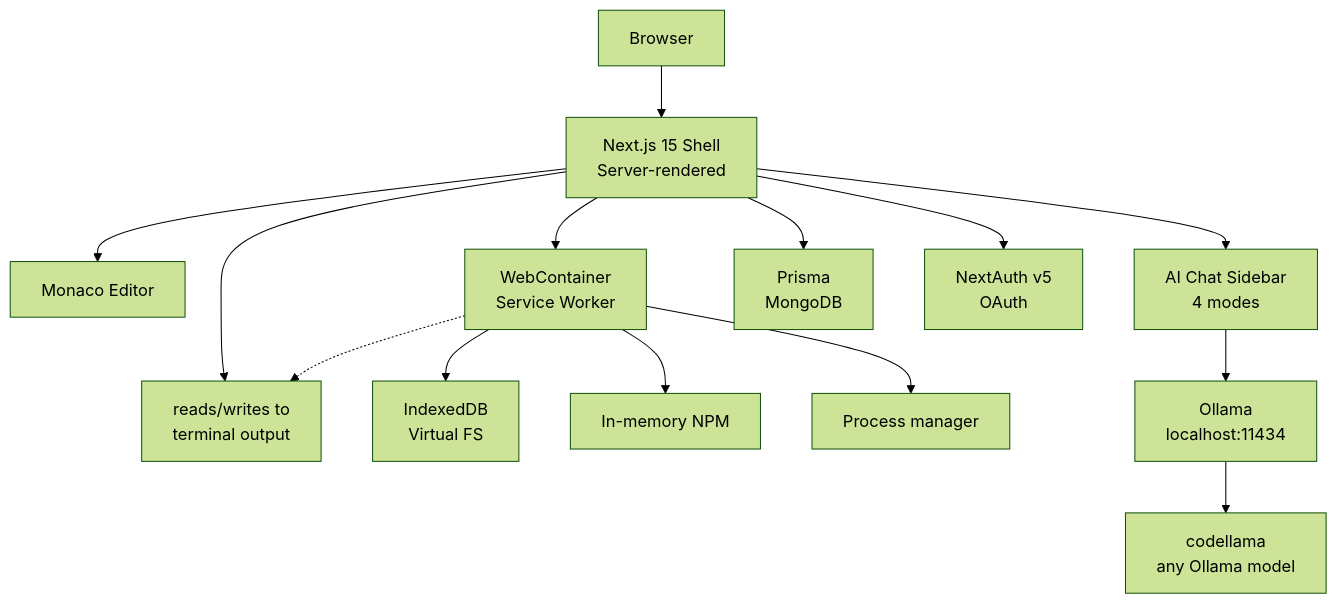
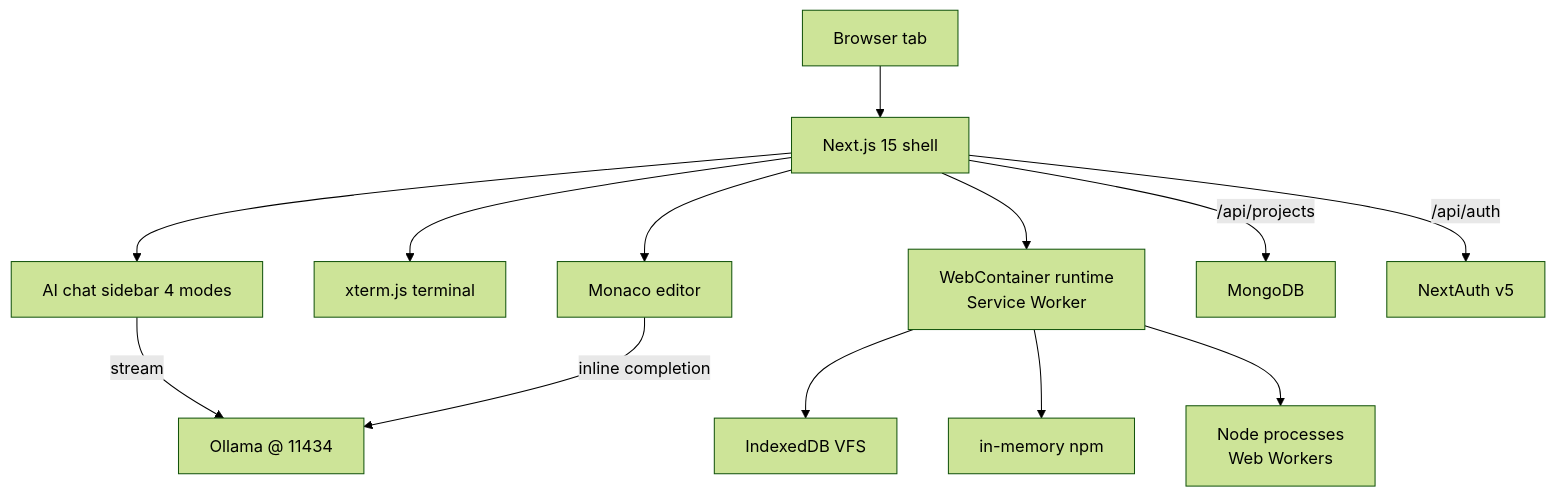
The diagram in README.md (ykstorm/codecraft-ai), drawn with Mermaid (forest theme) before and after one commit. The commit also changed other lines of this file and 5 other files, not shown here.

````diff
--- a/README.md
+++ b/README.md
@@ -70,21 +119,15 @@
 ```mermaid
-graph TD
-    Browser --> Shell[Next.js 15 Shell\nServer-rendered]
-
-    Shell --> Monaco[Monaco Editor]
-    Shell --> Terminal[xterm.js Terminal]
-    Shell --> AIChat[AI Chat Sidebar\n4 modes]
-    Shell --> WC[WebContainer\nService Worker]
-
-    WC --> FS[IndexedDB\nVirtual FS]
-    WC --> NPM[In-memory NPM]
-    WC --> Proc[Process manager]
-
-    AIChat --> Ollama[Ollama\nlocalhost:11434]
-    Ollama --> Models[codellama\nany Ollama model]
-
-    Shell --> MongoDB[Prisma\nMongoDB]
-    Shell --> Auth[NextAuth v5\nOAuth]
-
-    WC -.-> Terminal[reads/writes to\nterminal output]
+graph TB
+    Browser[Browser tab] --> Shell[Next.js 15 shell]
+    Shell --> Monaco[Monaco editor]
+    Shell --> Term[xterm.js terminal]
+    Shell --> Chat[AI chat sidebar 4 modes]
+    Shell --> WC[WebContainer runtime<br/>Service Worker]
+    WC --> FS[IndexedDB VFS]
+    WC --> NPM[in-memory npm]
+    WC --> Procs[Node processes<br/>Web Workers]
+    Chat -->|stream| Ollama[Ollama @ 11434]
+    Monaco -->|inline completion| Ollama
+    Shell -->|/api/projects| Mongo[MongoDB]
+    Shell -->|/api/auth| Auth[NextAuth v5]
 ```
````
